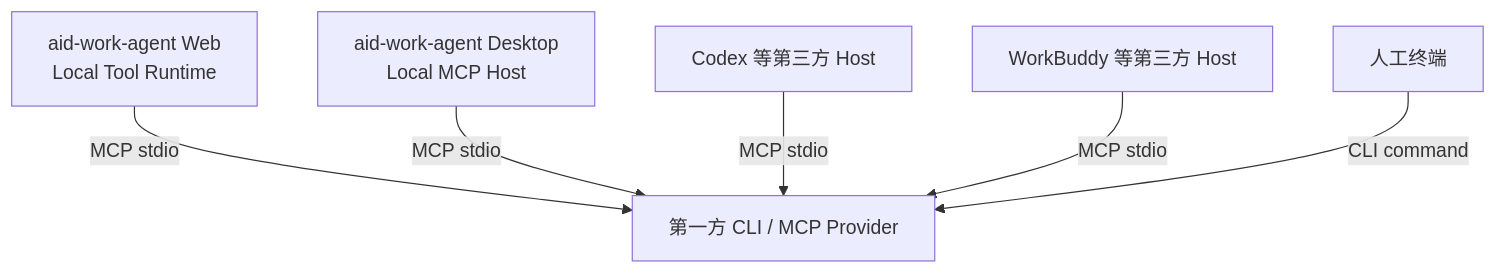
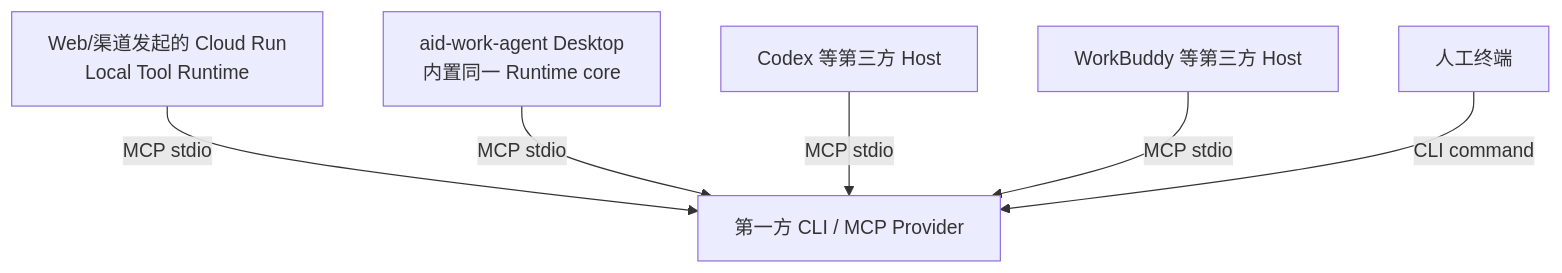
The diagram in docs/system/first-party-cli-mcp-provider-standard.md (ethynic/aid-work-agent), drawn with Mermaid before and after one commit. The commit also changed other lines of this file and 5 other files, not shown here.

First line of the commit message:
docs: finalize desktop P1 runtime architecture

````diff
--- a/docs/system/first-party-cli-mcp-provider-standard.md
+++ b/docs/system/first-party-cli-mcp-provider-standard.md
@@ -19,9 +19,9 @@
 ```mermaid
 flowchart TB
     P["第一方 CLI / MCP Provider"]
-    W["aid-work-agent Web\nLocal Tool Runtime"] -->|"MCP stdio"| P
-    D["aid-work-agent Desktop\nLocal MCP Host"] -->|"MCP stdio"| P
+    W["Web/渠道发起的 Cloud Run\nLocal Tool Runtime"] -->|"MCP stdio"| P
+    D["aid-work-agent Desktop\n内置同一 Runtime core"] -->|"MCP stdio"| P
     C["Codex 等第三方 Host"] -->|"MCP stdio"| P
     B["WorkBuddy 等第三方 Host"] -->|"MCP stdio"| P
     H["人工终端"] -->|"CLI command"| P
 ```
````
